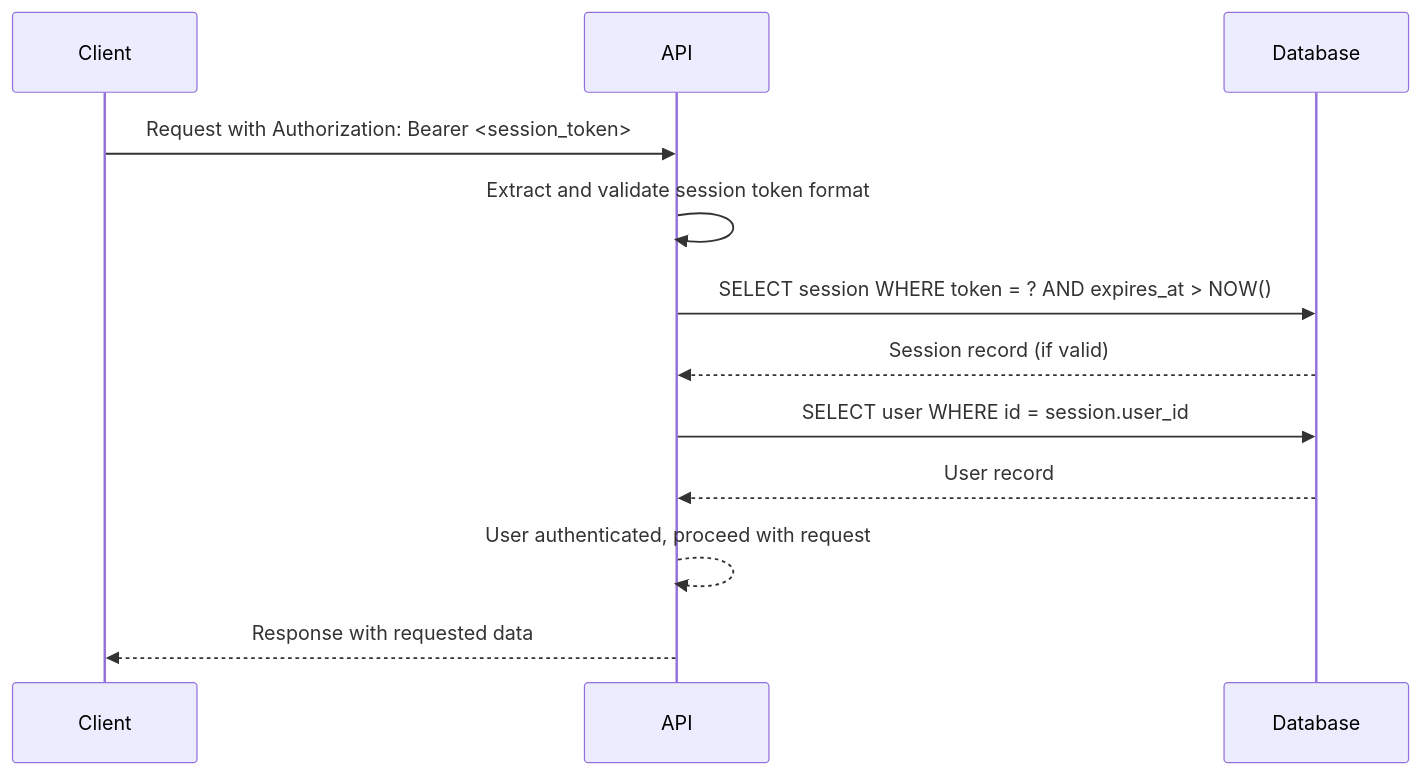
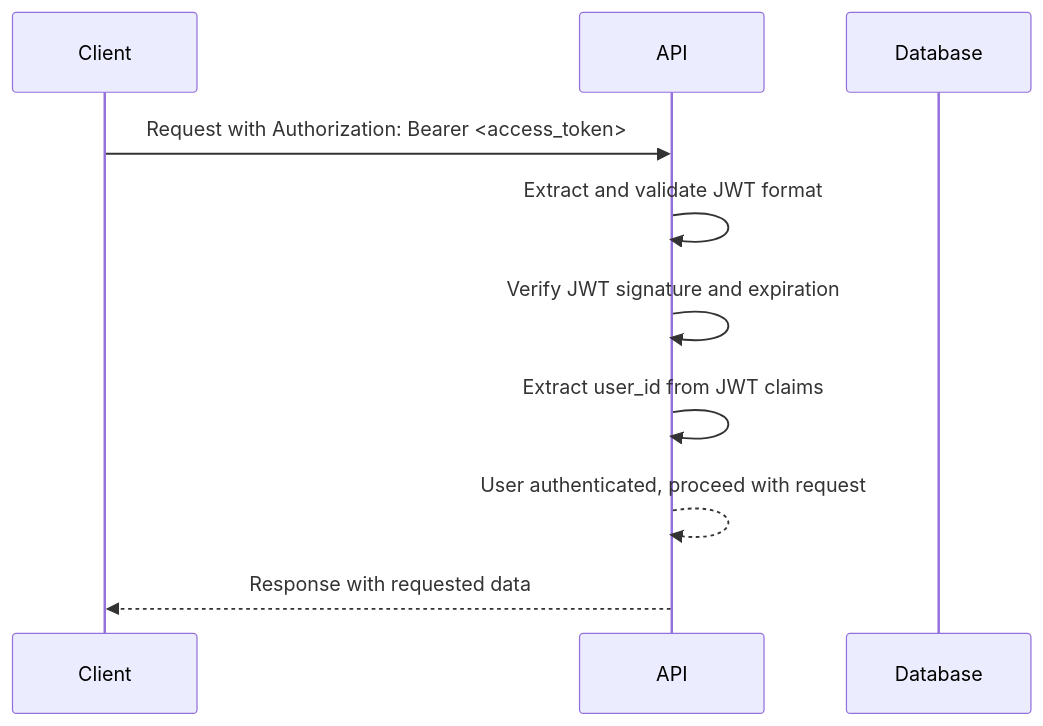
Before and after one commit to quanhua92/buildscale-ai: the third of 7 diagrams in backend/docs/AUTHENTICATION.md, drawn with Mermaid. The commit also changed other lines of this file and 13 other files, not shown here.

First line of the commit message:
feat: implement JWT access token authentication with dual-token system

````diff
--- a/backend/docs/AUTHENTICATION.md
+++ b/backend/docs/AUTHENTICATION.md
@@ -42,15 +43,13 @@
 ```mermaid
 sequenceDiagram
     participant Client
     participant API
     participant Database
 
-    Client->>API: Request with Authorization: Bearer <session_token>
-    API->>API: Extract and validate session token format
-    API->>Database: SELECT session WHERE token = ? AND expires_at > NOW()
-    Database-->>API: Session record (if valid)
-    API->>Database: SELECT user WHERE id = session.user_id
-    Database-->>API: User record
+    Client->>API: Request with Authorization: Bearer <access_token>
+    API->>API: Extract and validate JWT format
+    API->>API: Verify JWT signature and expiration
+    API->>API: Extract user_id from JWT claims
     API-->>API: User authenticated, proceed with request
     API-->>Client: Response with requested data
 ```
````
